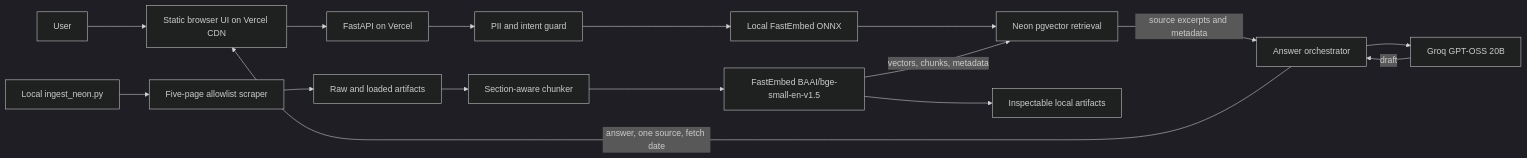
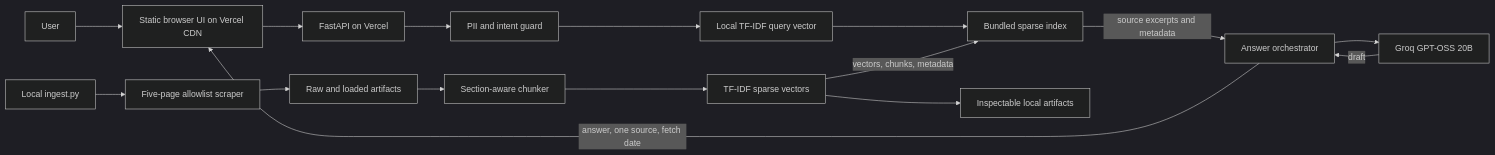
The diagram in architecture.md (diyachokshi25-dot/Growfolio), drawn with Mermaid (dark theme) before and after one commit. The commit also changed other lines of this file and 17 other files, not shown here.

Commit message:
Replace Neon retrieval with bundled TF-IDF index

````diff
--- a/architecture.md
+++ b/architecture.md
@@ -24,18 +24,18 @@
 ```mermaid
 flowchart LR
     U[User] --> UI[Static browser UI on Vercel CDN]
     UI --> API[FastAPI on Vercel]
     API --> Guard[PII and intent guard]
-    Guard --> Embed[Local FastEmbed ONNX]
-    Embed --> Search[Neon pgvector retrieval]
+    Guard --> Embed[Local TF-IDF query vector]
+    Embed --> Search[Bundled sparse index]
     Search -->|source excerpts and metadata| Answer[Answer orchestrator]
     Answer --> LLM[Groq GPT-OSS 20B]
     LLM -->|draft| Answer
     Answer -->|answer, one source, fetch date| UI
-    Ingest[Local ingest_neon.py] --> Fetch[Five-page allowlist scraper]
+    Ingest[Local ingest.py] --> Fetch[Five-page allowlist scraper]
     Fetch --> Raw[Raw and loaded artifacts]
     Raw --> Chunk[Section-aware chunker]
-    Chunk --> Embeddings[FastEmbed BAAI/bge-small-en-v1.5]
+    Chunk --> Embeddings[TF-IDF sparse vectors]
     Embeddings --> Artifacts[Inspectable local artifacts]
     Embeddings -->|vectors, chunks, metadata| Search
 ```
````
